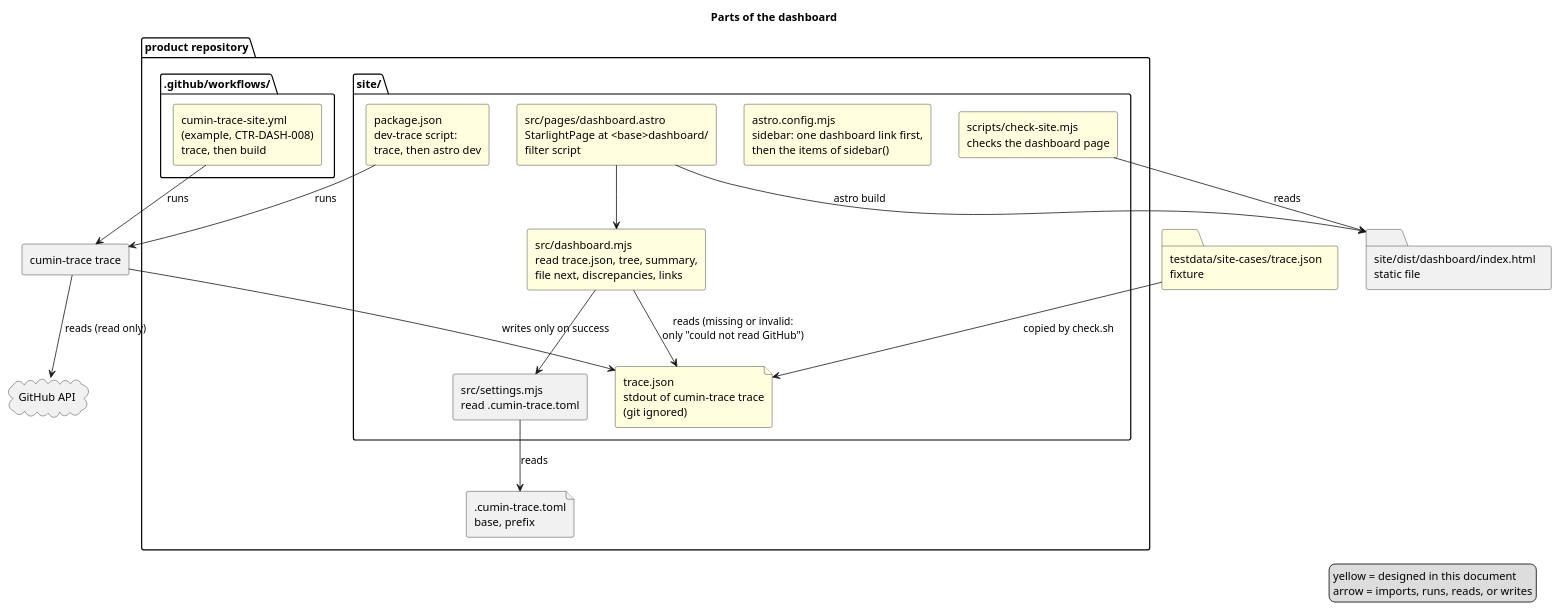
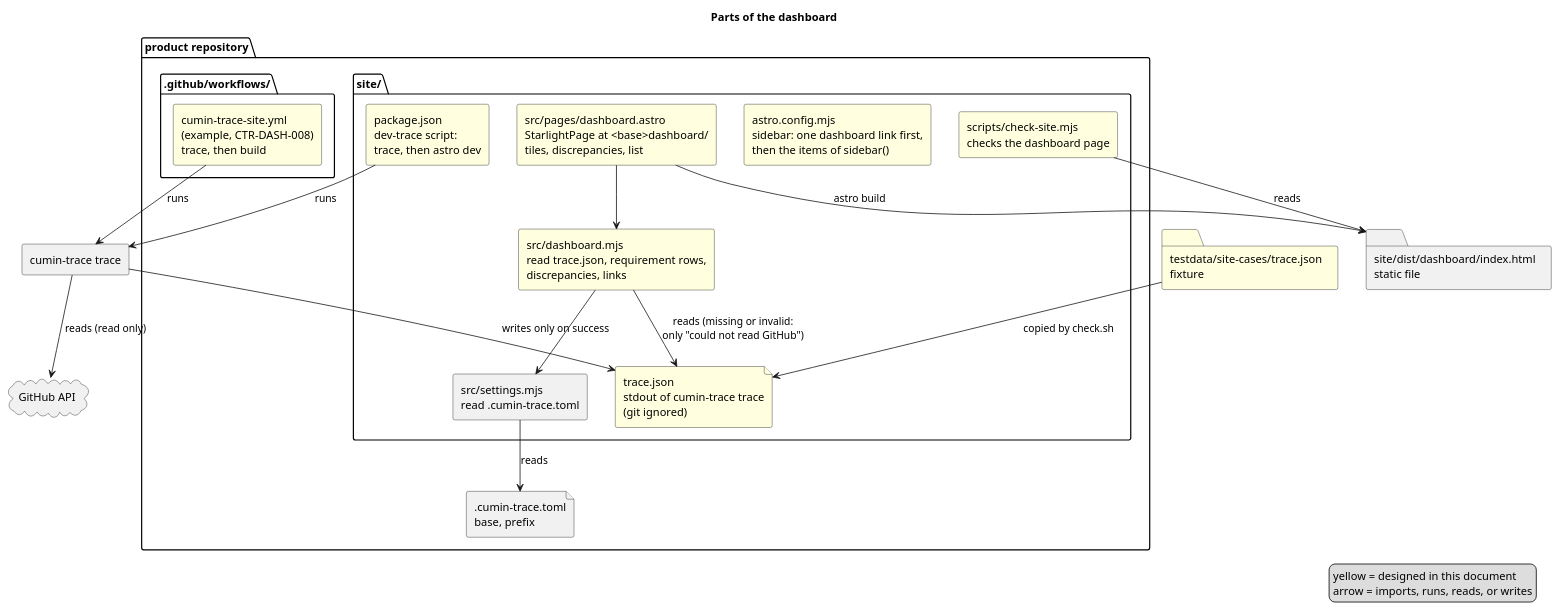
One commit to cloveclovedev/cumin-trace changed the diagram in docs/ja/designs/dashboard/dashboard-packages.puml. Above: the diagram before and after it, drawn with PlantUML. The commit also changed 12 other files, not shown here.

First line of the commit message:
feat(site): show the discrepancies of the trace on the dashboard (#164)

```diff
--- a/docs/ja/designs/dashboard/dashboard-packages.puml
+++ b/docs/ja/designs/dashboard/dashboard-packages.puml
@@ -1,43 +1,43 @@
 @startuml dashboard-packages
 title Parts of the dashboard
 skinparam shadowing false
 skinparam componentStyle rectangle
 
 package "product repository" {
   file ".cumin-trace.toml\nbase, prefix" as toml
   package "site/" {
     file "trace.json\nstdout of cumin-trace trace\n(git ignored)" as trace #LightYellow
     [package.json\ndev-trace script:\ntrace, then astro dev] as pkg #LightYellow
     [astro.config.mjs\nsidebar: one dashboard link first,\nthen the items of sidebar()] as config #LightYellow
-    [src/dashboard.mjs\nread trace.json, tree, summary,\nfile next, discrepancies, links] as dash #LightYellow
-    [src/pages/dashboard.astro\nStarlightPage at <base>dashboard/\nfilter script] as page #LightYellow
+    [src/dashboard.mjs\nread trace.json, requirement rows,\ndiscrepancies, links] as dash #LightYellow
+    [src/pages/dashboard.astro\nStarlightPage at <base>dashboard/\ntiles, discrepancies, list] as page #LightYellow
     [src/settings.mjs\nread .cumin-trace.toml] as settings
     [scripts/check-site.mjs\nchecks the dashboard page] as check #LightYellow
   }
   package ".github/workflows/" {
     [cumin-trace-site.yml\n(example, CTR-DASH-008)\ntrace, then build] as wf #LightYellow
   }
 }
 
 [cumin-trace trace] as ct
 cloud "GitHub API" as gh
 folder "site/dist/dashboard/index.html\nstatic file" as dist
 folder "testdata/site-cases/trace.json\nfixture" as fixture #LightYellow
 
 pkg --> ct : runs
 wf --> ct : runs
 ct --> gh : reads (read only)
 ct --> trace : writes only on success
 page --> dash
 dash --> trace : reads (missing or invalid:\nonly "could not read GitHub")
 dash --> settings
 settings --> toml : reads
 page --> dist : astro build
 check --> dist : reads
 fixture --> trace : copied by check.sh
 
 legend right
   yellow = designed in this document
   arrow = imports, runs, reads, or writes
 endlegend
 @enduml
```
